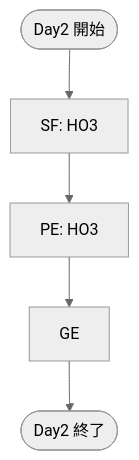
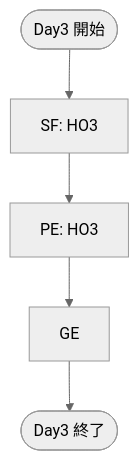
Before and after one commit to KarasuTatehi/last-resort-disturbance: the third of 4 diagrams in specs/routing.md, drawn with Mermaid (neutral theme). The commit also changed other lines of this file, not shown here.

````diff
--- a/specs/routing.md
+++ b/specs/routing.md
@@ -69,14 +69,14 @@
 ```mermaid
 flowchart TD
-D3S([Day2 開始])
+D3S([Day3 開始])
 D3-SF-HO3["SF: HO3"]
 D3-PE-HO3["PE: HO3"]
 D3-GE["GE"]
-D3E([Day2 終了])
+D3E([Day3 終了])
 
 D3S -->
 D3-SF-HO3 -->
 D3-PE-HO3 -->
 D3-GE -->
 D3E
 ```
````
